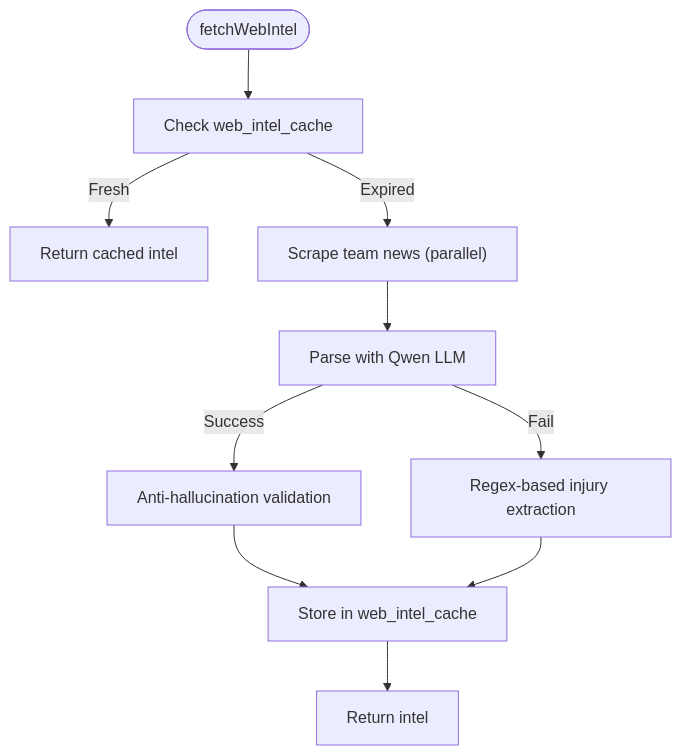
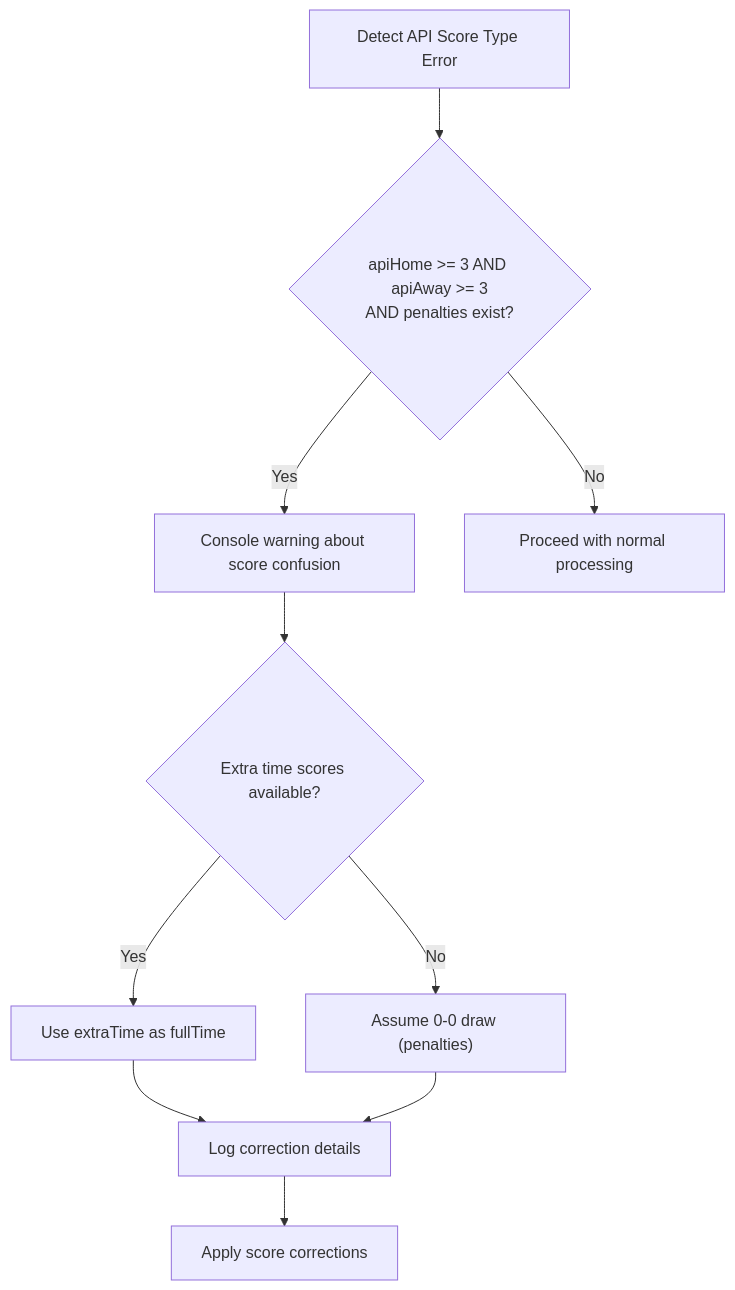
One commit to cheesiong/WC26-qwen changed the fourth of 9 diagrams in .qoder/repowiki/en/content/Data Services/Data Services.md. Above: the diagram before and after it, drawn with Mermaid. The commit also changed other lines of this file and 30 other files, not shown here.

````diff
--- a/.qoder/repowiki/en/content/Data Services/Data Services.md
+++ b/.qoder/repowiki/en/content/Data Services/Data Services.md
@@ -202,12 +237,12 @@
 ```mermaid
 flowchart TD
-Start(["fetchWebIntel"]) --> CheckCache["Check web_intel_cache"]
-CheckCache --> |Fresh| ReturnCache["Return cached intel"]
-CheckCache --> |Expired| Scrape["Scrape team news (parallel)"]
-Scrape --> LLM["Parse with Qwen LLM"]
-LLM --> |Success| Validate["Anti-hallucination validation"]
-LLM --> |Fail| RegexFallback["Regex-based injury extraction"]
-Validate --> CacheStore["Store in web_intel_cache"]
-RegexFallback --> CacheStore
-CacheStore --> ReturnResult["Return intel"]
+DetectError["Detect API Score Type Error"] --> CheckCondition{"apiHome >= 3 AND apiAway >= 3<br/>AND penalties exist?"}
+CheckCondition --> |Yes| LogWarning["Console warning about score confusion"]
+LogWarning --> CheckExtraTime{"Extra time scores available?"}
+CheckExtraTime --> |Yes| UseExtraTime["Use extraTime as fullTime"]
+CheckExtraTime --> |No| AssumeDraw["Assume 0-0 draw (penalties)"]
+UseExtraTime --> LogCorrection["Log correction details"]
+AssumeDraw --> LogCorrection
+LogCorrection --> ApplyCorrections["Apply score corrections"]
+CheckCondition --> |No| Proceed["Proceed with normal processing"]
 ```
````
